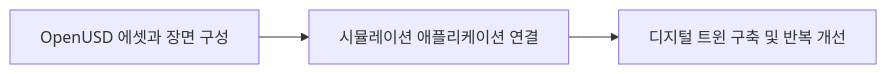
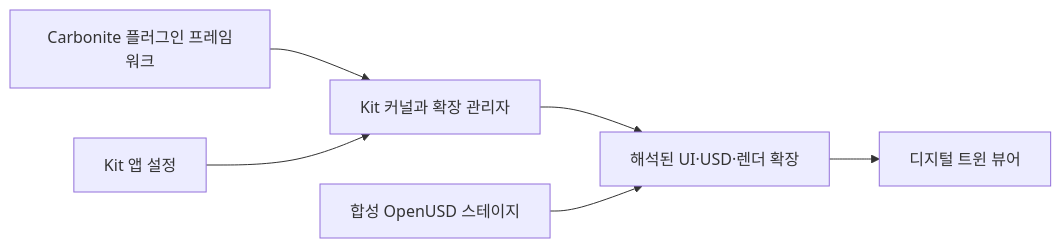
One commit to james-joobs/awesome-nvidia-physical-ai changed the diagram in docs/ko/omniverse.md. Above: the diagram before and after it, drawn with Mermaid. The commit also changed other lines of this file and 187 other files, not shown here.

Commit message:
Expand bilingual guides with official architecture references

````diff
--- a/docs/ko/omniverse.md
+++ b/docs/ko/omniverse.md
@@ -11,6 +17,14 @@
 ```mermaid
 flowchart LR
-    n0["OpenUSD 에셋과 장면 구성"] --> n1
-    n1["시뮬레이션 애플리케이션 연결"] --> n2
-    n2["디지털 트윈 구축 및 반복 개선"]
+    config["Kit 앱 설정"]
+    kernel["Kit 커널과 확장 관리자"]
+    carbon["Carbonite 플러그인 프레임워크"]
+    ext["해석된 UI·USD·렌더 확장"]
+    usd["합성 OpenUSD 스테이지"]
+    view["디지털 트윈 뷰어"]
+    carbon --> kernel
+    config --> kernel
+    kernel --> ext
+    usd --> ext
+    ext --> view
 ```
````
